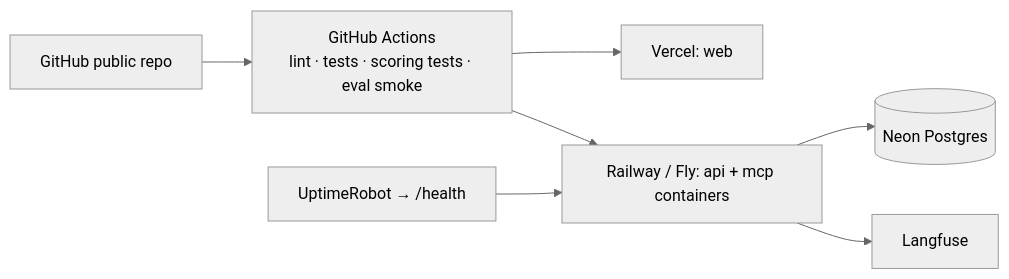
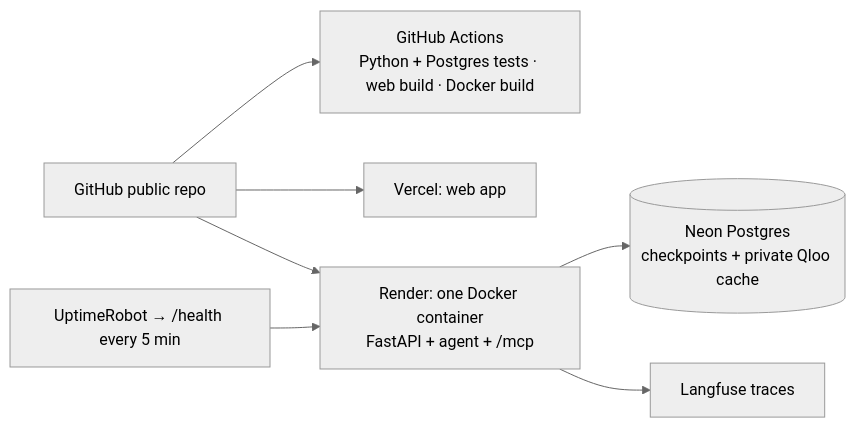
Before and after one commit to anurag-23werty/TOURSCOUT: the fourth of 4 diagrams in ARCHITECTURE.md, drawn with Mermaid (neutral theme). The commit also changed other lines of this file and 5 other files, not shown here.

````diff
--- a/ARCHITECTURE.md
+++ b/ARCHITECTURE.md
@@ -334,9 +334,9 @@
 ```mermaid
 flowchart LR
-    GH[GitHub public repo] --> CI[GitHub Actions<br/>lint · tests · scoring tests · eval smoke]
-    CI --> V[Vercel: web]
-    CI --> RW[Railway / Fly: api + mcp containers]
-    RW --> N[(Neon Postgres)]
-    RW --> LF[Langfuse]
-    UP[UptimeRobot → /health] --> RW
+    GH[GitHub public repo] --> CI[GitHub Actions<br/>Python + Postgres tests · web build · Docker build]
+    GH --> V[Vercel: web app]
+    GH --> R[Render: one Docker container<br/>FastAPI + agent + /mcp]
+    R --> N[(Neon Postgres<br/>checkpoints + private Qloo cache)]
+    R --> LF[Langfuse traces]
+    UP[UptimeRobot → /health every 5 min] --> R
 ```
````
